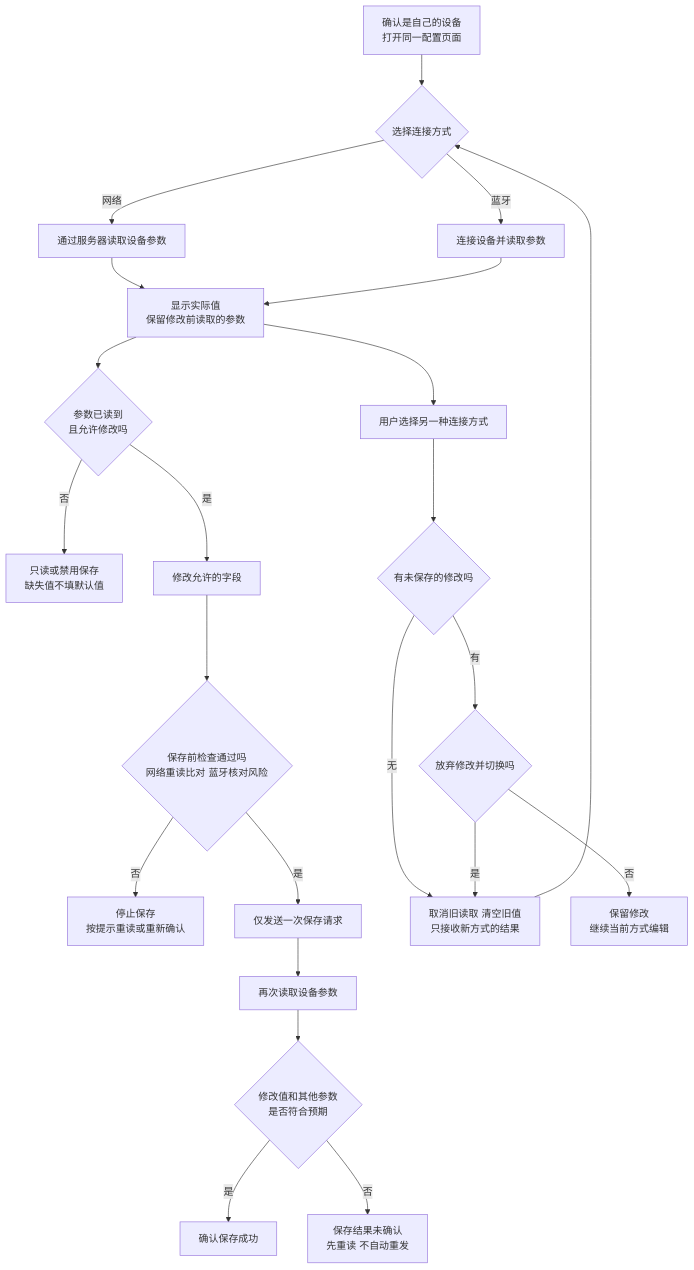
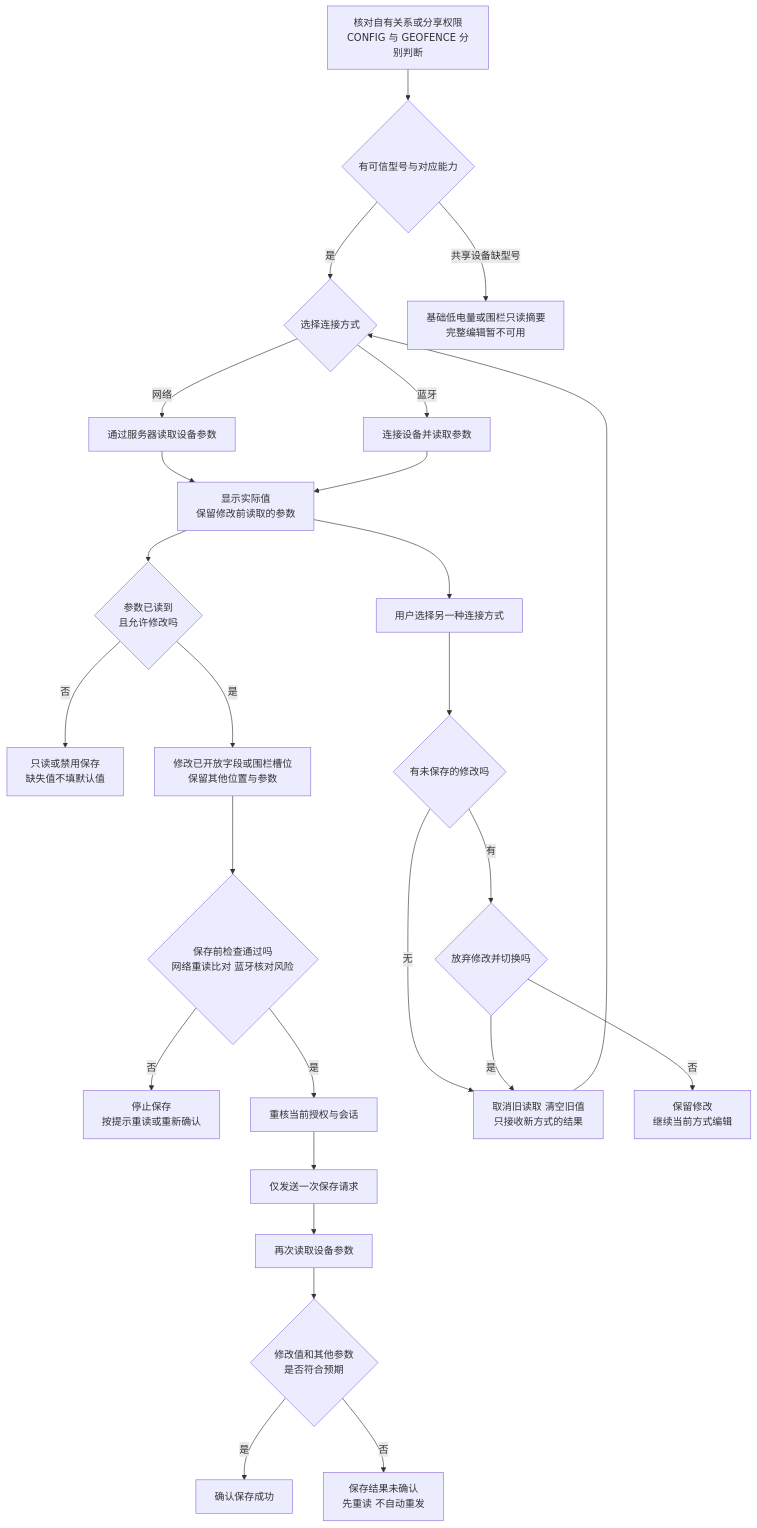
The diagram in guides/configuration-flow.mmd (jarLiao/eview-connect-c-app-prototype), drawn with Mermaid before and after one commit. The commit also changed 29 other files, not shown here.

```diff
--- a/guides/configuration-flow.mmd
+++ b/guides/configuration-flow.mmd
@@ -1,23 +1,26 @@
 flowchart TD
-    A[确认是自己的设备<br/>打开同一配置页面] --> B{选择连接方式}
+    A[核对自有关系或分享权限<br/>CONFIG 与 GEOFENCE 分别判断] --> U{有可信型号与对应能力}
+    U -->|是| B{选择连接方式}
+    U -->|共享设备缺型号| V[基础低电量或围栏只读摘要<br/>完整编辑暂不可用]
     B -->|网络| C[通过服务器读取设备参数]
     B -->|蓝牙| D[连接设备并读取参数]
     C --> E[显示实际值<br/>保留修改前读取的参数]
     D --> E
     E --> S{参数已读到<br/>且允许修改吗}
     S -->|否| T[只读或禁用保存<br/>缺失值不填默认值]
-    S -->|是| F[修改允许的字段]
+    S -->|是| F[修改已开放字段或围栏槽位<br/>保留其他位置与参数]
     F --> G{保存前检查通过吗<br/>网络重读比对 蓝牙核对风险}
     G -->|否| H[停止保存<br/>按提示重读或重新确认]
-    G -->|是| I[仅发送一次保存请求]
+    G -->|是| W[重核当前授权与会话]
+    W --> I[仅发送一次保存请求]
     I --> J[再次读取设备参数]
     J --> K{修改值和其他参数<br/>是否符合预期}
     K -->|是| L[确认保存成功]
     K -->|否| M[保存结果未确认<br/>先重读 不自动重发]
     E --> N[用户选择另一种连接方式]
     N --> O{有未保存的修改吗}
     O -->|无| R[取消旧读取 清空旧值<br/>只接收新方式的结果]
     O -->|有| P{放弃修改并切换吗}
     P -->|否| Q[保留修改<br/>继续当前方式编辑]
     P -->|是| R
     R --> B
```
